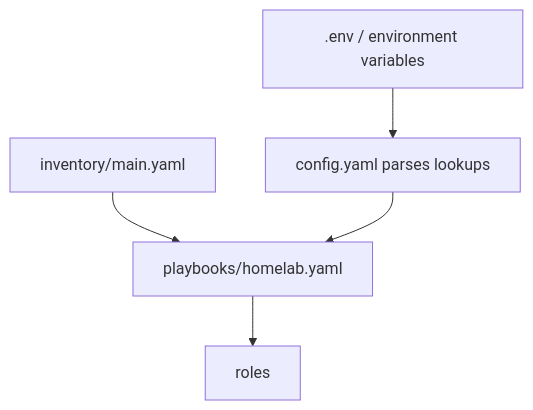
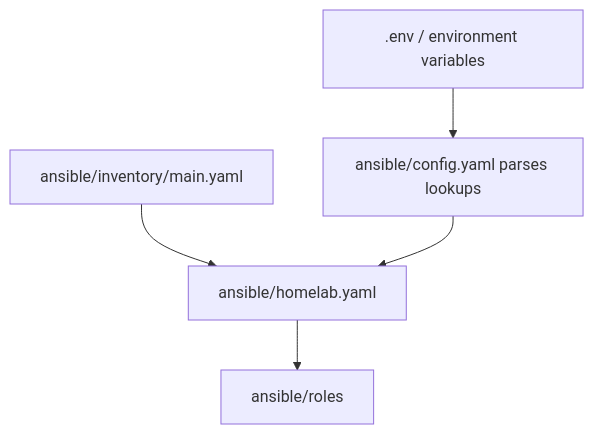
One commit to this-oliver/homelab changed the fifth of 5 diagrams in docs/architecture.md. Above: the diagram before and after it, drawn with Mermaid. The commit also changed other lines of this file and 82 other files, not shown here.

````diff
--- a/docs/architecture.md
+++ b/docs/architecture.md
@@ -114,7 +114,7 @@
 ```mermaid
 flowchart TB
-    Env[.env / environment variables] --> Config[config.yaml parses lookups]
-    Inv[inventory/main.yaml] --> Playbook[playbooks/homelab.yaml]
+    Env[.env / environment variables] --> Config[ansible/config.yaml parses lookups]
+    Inv[ansible/inventory/main.yaml] --> Playbook[ansible/homelab.yaml]
     Config --> Playbook
-    Playbook --> Roles[roles]
+    Playbook --> Roles[ansible/roles]
 ```
````
